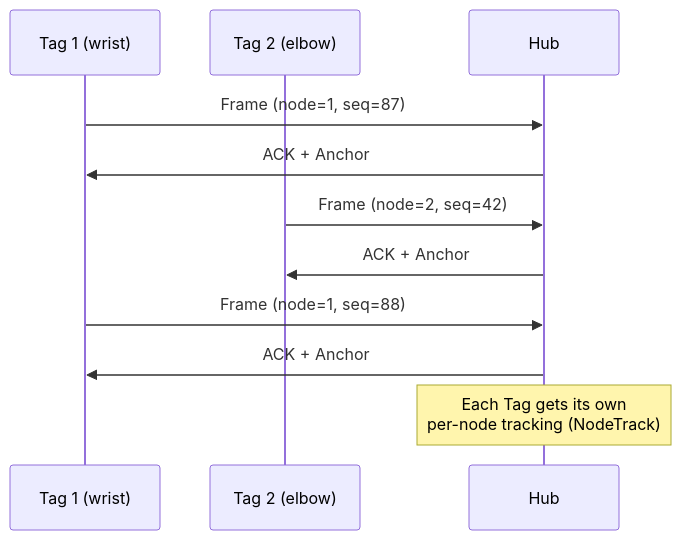
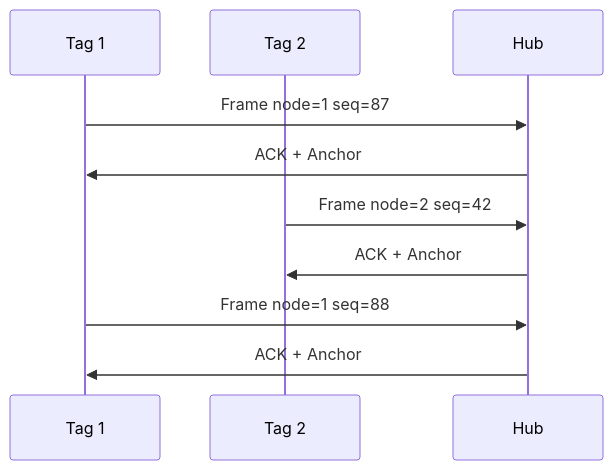
One commit to Mrunmoy/HelixDrift changed the fourth of 7 diagrams in docs/RF_PROTOCOL_REFERENCE.md. Above: the diagram before and after it, drawn with Mermaid. The commit also changed other lines of this file, not shown here.

````diff
--- a/docs/RF_PROTOCOL_REFERENCE.md
+++ b/docs/RF_PROTOCOL_REFERENCE.md
@@ -231,17 +716,13 @@
 ```mermaid
 sequenceDiagram
-    participant T1 as Tag 1 (wrist)
-    participant T2 as Tag 2 (elbow)
+    participant T1 as Tag 1
+    participant T2 as Tag 2
     participant Hub as Hub
 
-    T1->>Hub: Frame (node=1, seq=87)
+    T1->>Hub: Frame node=1 seq=87
     Hub->>T1: ACK + Anchor
-
-    T2->>Hub: Frame (node=2, seq=42)
+    T2->>Hub: Frame node=2 seq=42
     Hub->>T2: ACK + Anchor
-
-    T1->>Hub: Frame (node=1, seq=88)
+    T1->>Hub: Frame node=1 seq=88
     Hub->>T1: ACK + Anchor
-
-    Note over Hub: Each Tag gets its own<br/>per-node tracking (NodeTrack)
 ```
````
